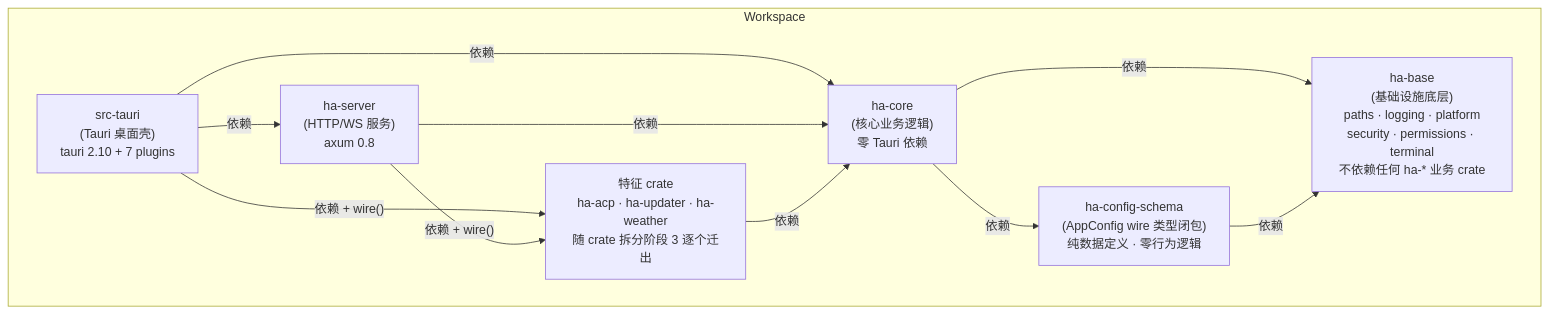
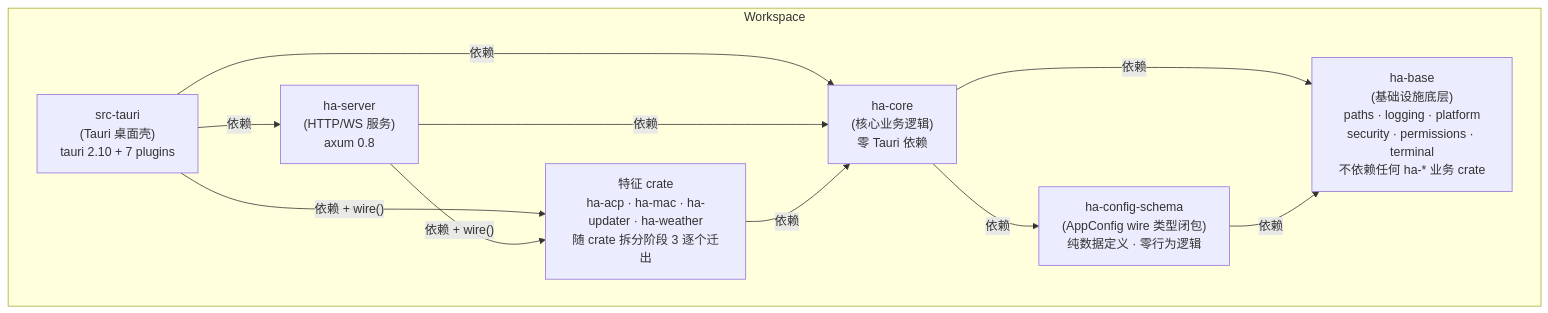
The first of 6 diagrams in docs/architecture/backend-separation.md (shiwenwen/hope-agent), drawn with Mermaid before and after one commit. The commit also changed other lines of this file and 38 other files, not shown here.

First line of the commit message:
refactor(mac): 阶段 3 第四刀——macOS 控制迁出为特征 crate ha-mac

````diff
--- a/docs/architecture/backend-separation.md
+++ b/docs/architecture/backend-separation.md
@@ -15,22 +15,22 @@
 ```mermaid
 graph TD
     subgraph Workspace
         HA_TAURI["src-tauri<br/>(Tauri 桌面壳)<br/>tauri 2.10 + 7 plugins"]
         HA_SERVER["ha-server<br/>(HTTP/WS 服务)<br/>axum 0.8"]
-        HA_FEAT["特征 crate<br/>ha-acp · ha-updater · ha-weather<br/>随 crate 拆分阶段 3 逐个迁出"]
+        HA_FEAT["特征 crate<br/>ha-acp · ha-mac · ha-updater · ha-weather<br/>随 crate 拆分阶段 3 逐个迁出"]
         HA_CORE["ha-core<br/>(核心业务逻辑)<br/>零 Tauri 依赖"]
         HA_SCHEMA["ha-config-schema<br/>(AppConfig wire 类型闭包)<br/>纯数据定义 · 零行为逻辑"]
         HA_BASE["ha-base<br/>(基础设施底层)<br/>paths · logging · platform<br/>security · permissions · terminal<br/>不依赖任何 ha-* 业务 crate"]
     end
 
     HA_TAURI -->|"依赖"| HA_SERVER
     HA_TAURI -->|"依赖 + wire()"| HA_FEAT
     HA_TAURI -->|"依赖"| HA_CORE
     HA_SERVER -->|"依赖 + wire()"| HA_FEAT
     HA_SERVER -->|"依赖"| HA_CORE
     HA_FEAT -->|"依赖"| HA_CORE
     HA_CORE -->|"依赖"| HA_SCHEMA
     HA_CORE -->|"依赖"| HA_BASE
     HA_SCHEMA -->|"依赖"| HA_BASE
 
 ```
````
